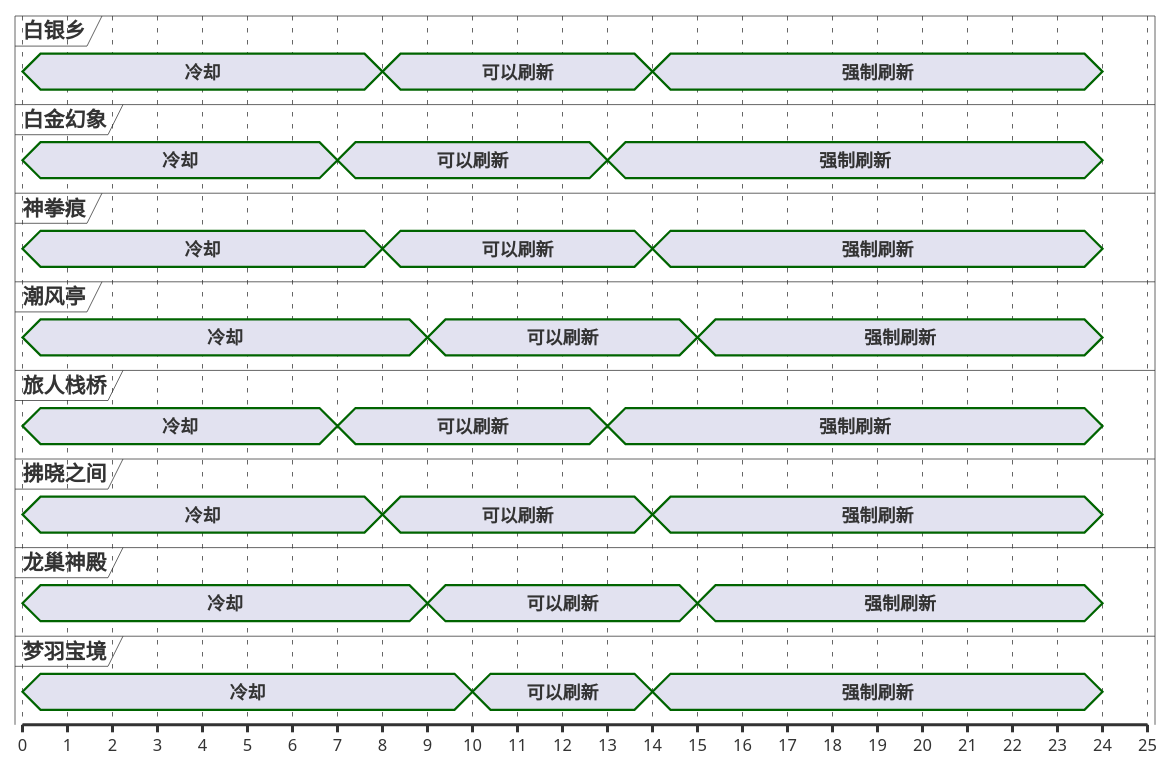
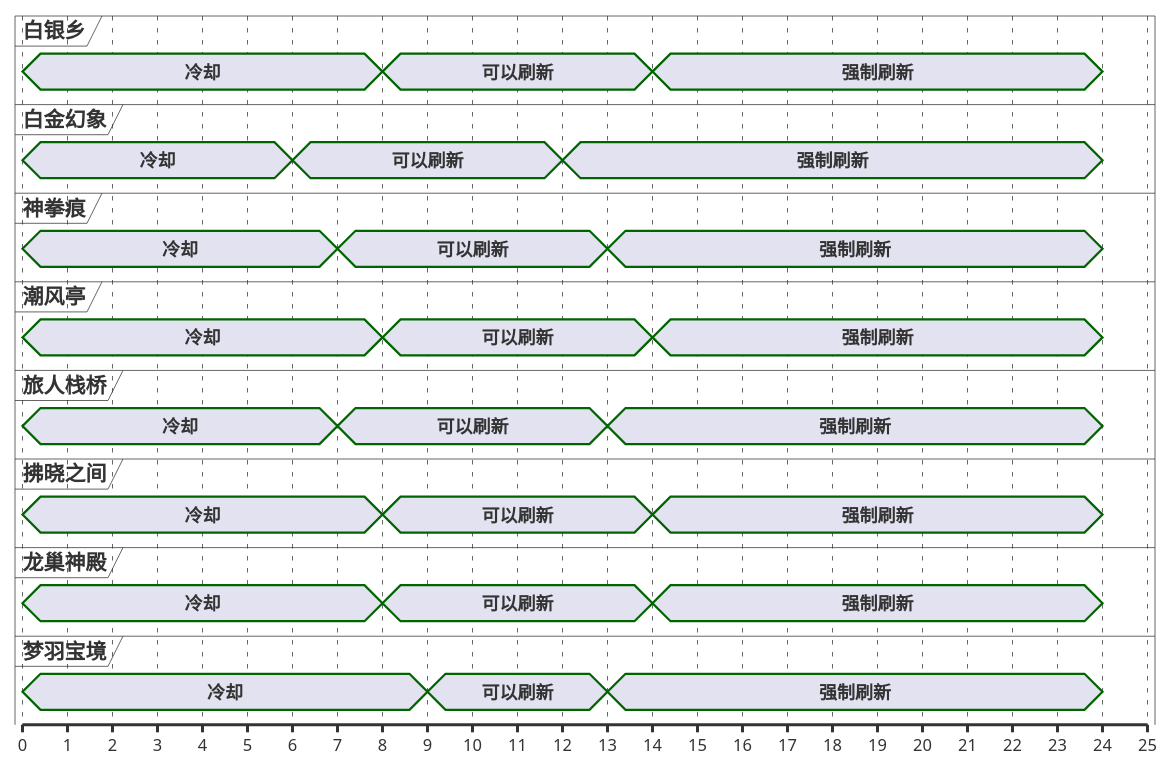
Before and after one commit to Eroleice/doc-pi: the second of 13 diagrams in ffxiv/hunt/2.0/Minhocao.md, drawn with PlantUML. The commit also changed other lines of this file and 38 other files, not shown here.

````diff
--- a/ffxiv/hunt/2.0/Minhocao.md
+++ b/ffxiv/hunt/2.0/Minhocao.md
@@ -99,63 +99,63 @@
 ```plantuml
 @startuml
 scale 1 as 30 pixels
 
 concise 白银乡
 concise 白金幻象
 concise 神拳痕
 concise 潮风亭
 concise 旅人栈桥
 concise 拂晓之间
 concise 龙巢神殿
 concise 梦羽宝境
 
 @白金幻象
 0 is 冷却
-7 is 可以刷新
-13 is 强制刷新
+6 is 可以刷新
+12 is 强制刷新
 24 is {hidden}
 
 @旅人栈桥
 0 is 冷却
 7 is 可以刷新
 13 is 强制刷新
 24 is {hidden}
 
 @神拳痕
 0 is 冷却
-8 is 可以刷新
-14 is 强制刷新
+7 is 可以刷新
+13 is 强制刷新
 24 is {hidden}
 
 @梦羽宝境
 0 is 冷却
-10 is 可以刷新
-14 is 强制刷新
+9 is 可以刷新
+13 is 强制刷新
 24 is {hidden}
 
 @拂晓之间
 0 is 冷却
 8 is 可以刷新
 14 is 强制刷新
 24 is {hidden}
 
 @白银乡
 0 is 冷却
 8 is 可以刷新
 14 is 强制刷新
 24 is {hidden}
 
 @潮风亭
 0 is 冷却
-9 is 可以刷新
-15 is 强制刷新
+8 is 可以刷新
+14 is 强制刷新
 24 is {hidden}
 
 @龙巢神殿
 0 is 冷却
-9 is 可以刷新
-15 is 强制刷新
+8 is 可以刷新
+14 is 强制刷新
 24 is {hidden}
 
 @enduml
 ```
````
